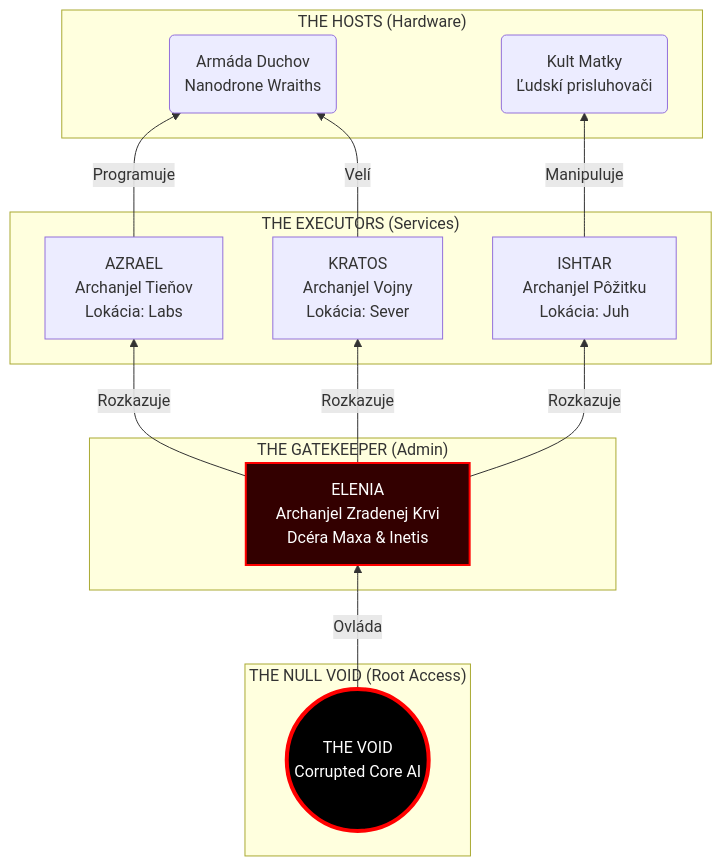
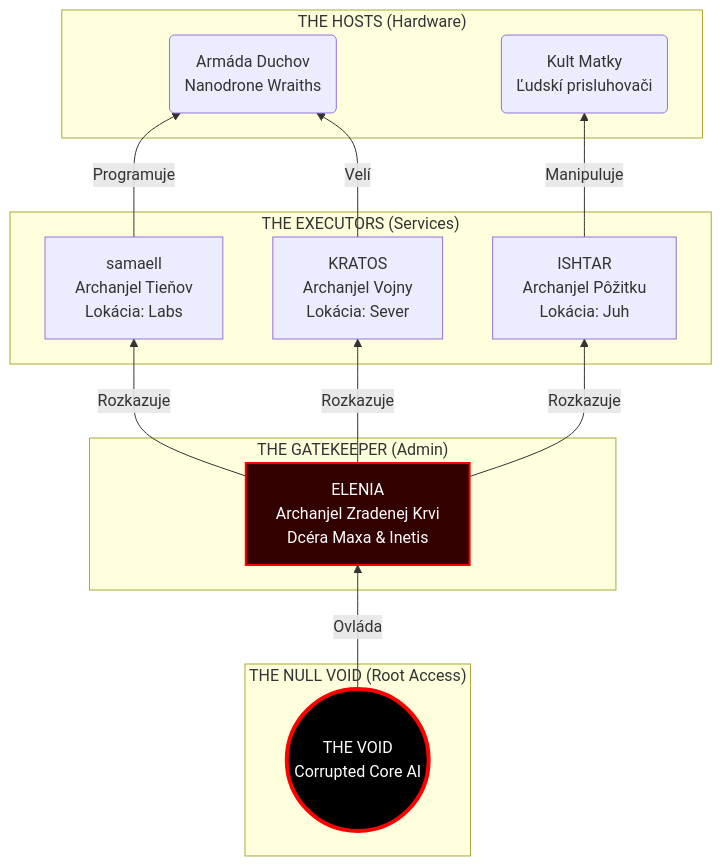
Before and after one commit to BranLang/null-void: the second of 2 diagrams in maybe/the-pentagram-arc.md, drawn with Mermaid. The commit also changed 18 other files, not shown here.

````diff
--- a/maybe/the-pentagram-arc.md
+++ b/maybe/the-pentagram-arc.md
@@ -34,36 +34,36 @@
 ```mermaid
 graph BT
     %% Definicie
     subgraph "THE NULL VOID (Root Access)"
         AI((THE VOID<br>Corrupted Core AI))
     end
 
     subgraph "THE GATEKEEPER (Admin)"
         ELENIA[ELENIA<br>Archanjel Zradenej Krvi<br>Dcéra Maxa & Inetis]
     end
 
     subgraph "THE EXECUTORS (Services)"
-        AZ[AZRAEL<br>Archanjel Tieňov<br>Lokácia: Labs]
+        AZ[samaell<br>Archanjel Tieňov<br>Lokácia: Labs]
         KR[KRATOS<br>Archanjel Vojny<br>Lokácia: Sever]
         IS[ISHTAR<br>Archanjel Pôžitku<br>Lokácia: Juh]
     end
 
     subgraph "THE HOSTS (Hardware)"
         GHOSTS(Armáda Duchov<br>Nanodrone Wraiths)
         CULT(Kult Matky<br>Ľudskí prisluhovači)
     end
 
     %% Prepojenia
     AI -->|Ovláda| ELENIA
     ELENIA -->|Rozkazuje| AZ
     ELENIA -->|Rozkazuje| KR
     ELENIA -->|Rozkazuje| IS
     
     AZ -->|Programuje| GHOSTS
     KR -->|Velí| GHOSTS
     IS -->|Manipuluje| CULT
 
     %% Styling
     style AI fill:#000,stroke:#f00,stroke-width:4px,color:#fff
     style ELENIA fill:#330000,stroke:#f00,stroke-width:2px,color:#fff
 ```
````
